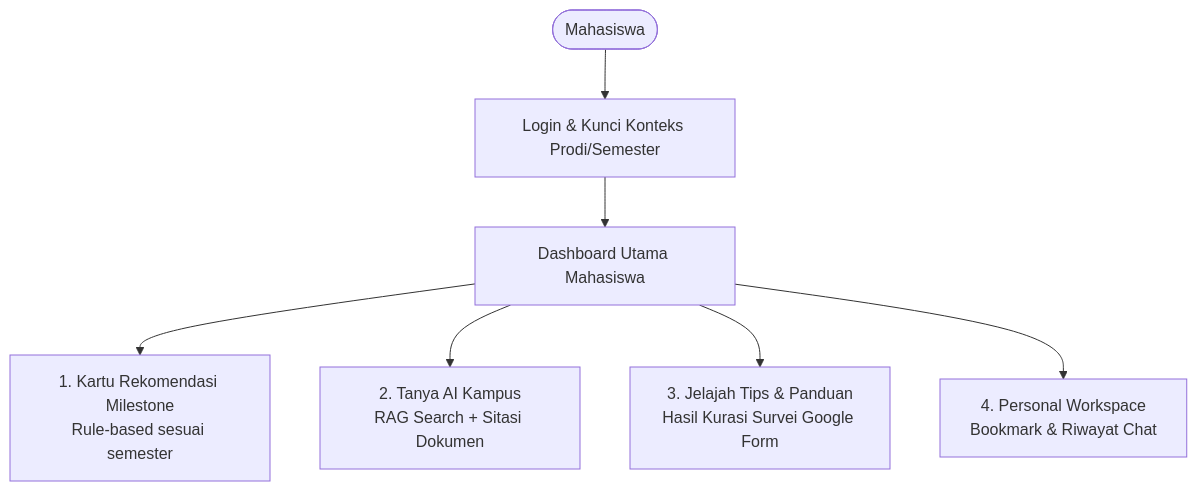
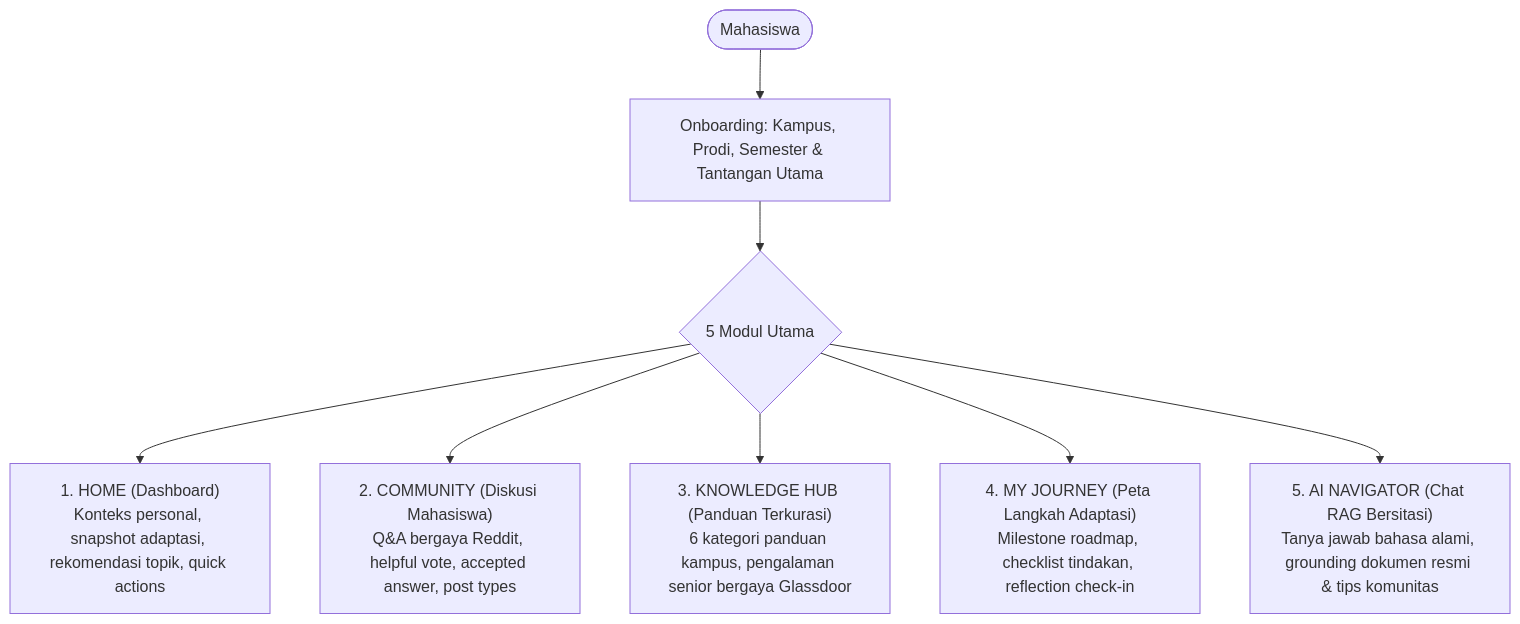
Before and after one commit to salwanettaa/Campus-Compass: the second of 2 diagrams in docs/PRODUCT_SPEC.md, drawn with Mermaid. The commit also changed other lines of this file and 5 other files, not shown here.

````diff
--- a/docs/PRODUCT_SPEC.md
+++ b/docs/PRODUCT_SPEC.md
@@ -57,10 +64,11 @@
 ```mermaid
 flowchart TD
-    User([Mahasiswa]) --> Login[Login & Kunci Konteks Prodi/Semester]
-    Login --> Hub[Dashboard Utama Mahasiswa]
-    
-    Hub --> Feature1[1. Kartu Rekomendasi Milestone<br/>Rule-based sesuai semester]
-    Hub --> Feature2[2. Tanya AI Kampus<br/>RAG Search + Sitasi Dokumen]
-    Hub --> Feature3[3. Jelajah Tips & Panduan<br/>Hasil Kurasi Survei Google Form]
-    Hub --> Feature4[4. Personal Workspace<br/>Bookmark & Riwayat Chat]
+    User([Mahasiswa]) --> Onboarding[Onboarding: Kampus, Prodi, Semester & Tantangan Utama]
+    Onboarding --> Nav{5 Modul Utama}
+
+    Nav --> M1["1. HOME (Dashboard)<br/>Konteks personal, snapshot adaptasi, rekomendasi topik, quick actions"]
+    Nav --> M2["2. COMMUNITY (Diskusi Mahasiswa)<br/>Q&A bergaya Reddit, helpful vote, accepted answer, post types"]
+    Nav --> M3["3. KNOWLEDGE HUB (Panduan Terkurasi)<br/>6 kategori panduan kampus, pengalaman senior bergaya Glassdoor"]
+    Nav --> M4["4. MY JOURNEY (Peta Langkah Adaptasi)<br/>Milestone roadmap, checklist tindakan, reflection check-in"]
+    Nav --> M5["5. AI NAVIGATOR (Chat RAG Bersitasi)<br/>Tanya jawab bahasa alami, grounding dokumen resmi & tips komunitas"]
 ```
````
